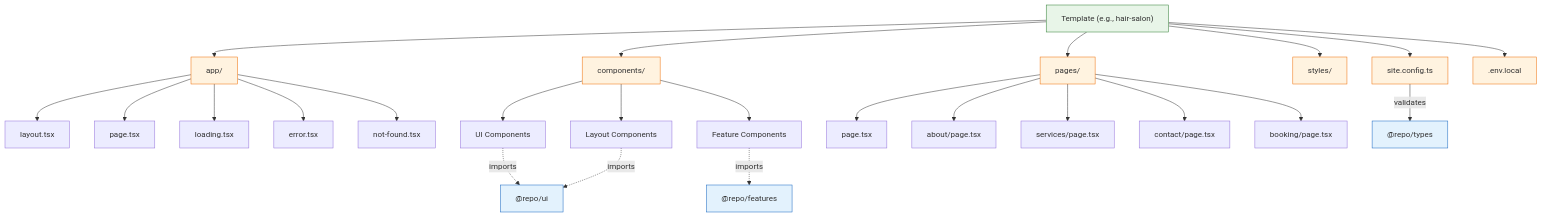
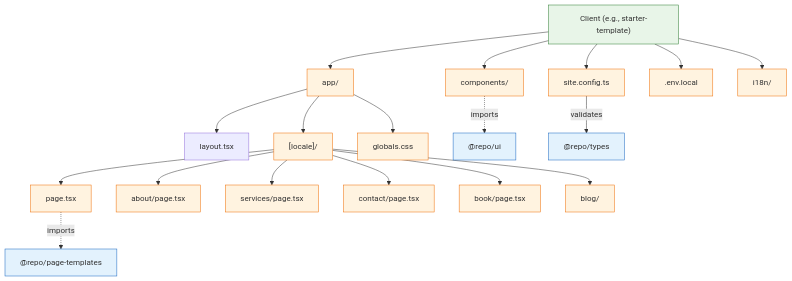
Before and after one commit to TrevorPLam/websites: the third of 14 diagrams in docs/architecture/dependency-graph.md, drawn with Mermaid. The commit also changed other lines of this file and 279 other files, not shown here.

````diff
--- a/docs/architecture/dependency-graph.md
+++ b/docs/architecture/dependency-graph.md
@@ -213,47 +200,37 @@
 ```mermaid
 graph TD
-    Template["Template (e.g., hair-salon)"]
+    Client["Client (e.g., starter-template)"]
     
-    %% Core Template Files
-    Template --> App["app/"]
-    Template --> Components["components/"]
-    Template --> Pages["pages/"]
-    Template --> Styles["styles/"]
-    Template --> Config["site.config.ts"]
-    Template --> Env[".env.local"]
+    %% Core Client Files
+    Client --> App["app/"]
+    Client --> Components["components/"]
+    Client --> Config["site.config.ts"]
+    Client --> Env[".env.local"]
+    Client --> I18n["i18n/"]
     
     %% App Structure
     App --> Layout["layout.tsx"]
-    App --> Page["page.tsx"]
-    App --> Loading["loading.tsx"]
-    App --> Error["error.tsx"]
-    App --> NotFound["not-found.tsx"]
+    App --> Locale["[locale]/"]
+    App --> Globals["globals.css"]
     
-    %% Component Structure
-    Components --> UIComponents["UI Components"]
-    Components --> FeatureComponents["Feature Components"]
-    Components --> LayoutComponents["Layout Components"]
-    
-    %% Page Structure
-    Pages --> HomePage["page.tsx"]
-    Pages --> AboutPage["about/page.tsx"]
-    Pages --> ServicesPage["services/page.tsx"]
-    Pages --> ContactPage["contact/page.tsx"]
-    Pages --> BookingPage["booking/page.tsx"]
+    Locale --> Page["page.tsx"]
+    Locale --> AboutPage["about/page.tsx"]
+    Locale --> ServicesPage["services/page.tsx"]
+    Locale --> ContactPage["contact/page.tsx"]
+    Locale --> BookPage["book/page.tsx"]
+    Locale --> BlogPage["blog/"]
     
     %% Dependencies
-    UIComponents -.-> |"imports"| UI["@repo/ui"]
-    FeatureComponents -.-> |"imports"| Features["@repo/features"]
-    LayoutComponents -.-> |"imports"| UI
-    
+    Components -.-> |"imports"| UI["@repo/ui"]
+    Page -.-> |"imports"| PageTemplates["@repo/page-templates"]
     Config --> |"validates"| Types["@repo/types"]
     
     %% Styling
-    classDef template fill:#e8f5e8,stroke:#2e7d32
+    classDef client fill:#e8f5e8,stroke:#2e7d32
     classDef file fill:#fff3e0,stroke:#ef6c00
     classDef package fill:#e3f2fd,stroke:#1565c0
     
-    class Template template
-    class App,Components,Pages,Styles,Config,Env file
-    class UI,Features,Types package
+    class Client client
+    class App,Components,Config,Env,I18n,Locale,Page,AboutPage,ServicesPage,ContactPage,BookPage,BlogPage,Globals file
+    class UI,PageTemplates,Types package
 ```
````
